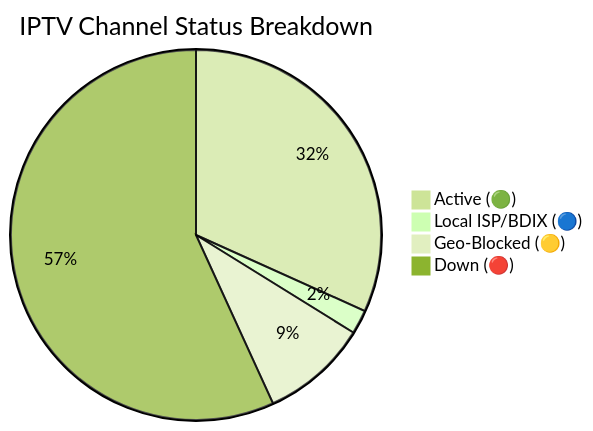
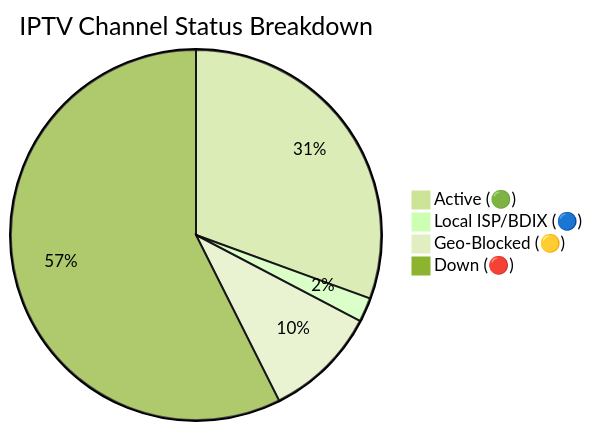
Before and after one commit to andreataylord/Ip-tv-Collection: the diagram in README.md, drawn with Mermaid (forest theme). The commit also changed other lines of this file and 2 other files, not shown here.

````diff
--- a/README.md
+++ b/README.md
@@ -59,7 +59,7 @@
 ```mermaid
 pie title IPTV Channel Status Breakdown
-    "Active (🟢)" : 2344
-    "Local ISP/BDIX (🔵)" : 155
-    "Geo-Blocked (🟡)" : 690
-    "Down (🔴)" : 4197
+    "Active (🟢)" : 1842
+    "Local ISP/BDIX (🔵)" : 128
+    "Geo-Blocked (🟡)" : 597
+    "Down (🔴)" : 3459
 ```
````
